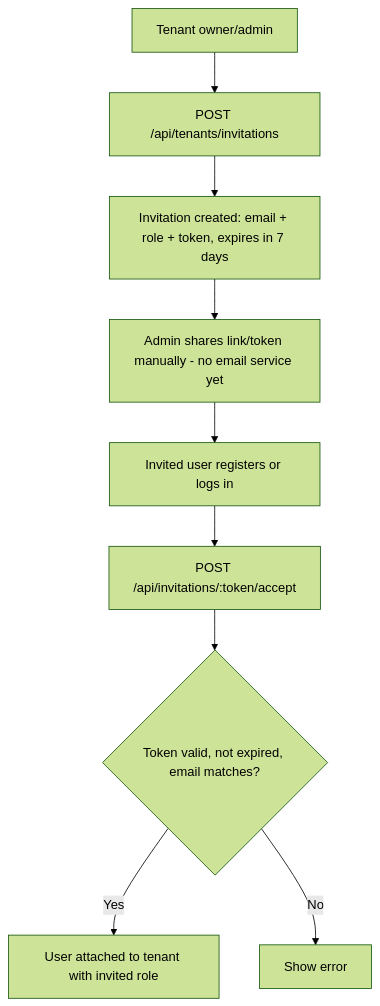
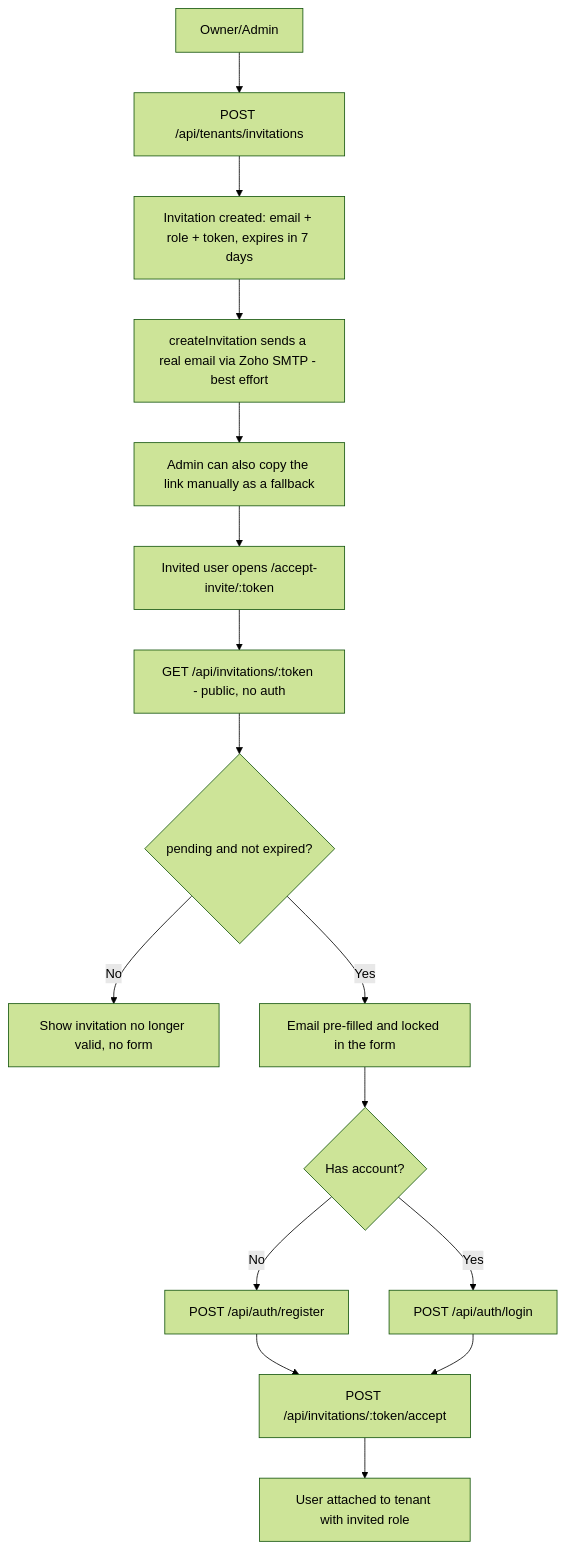
The second of 6 diagrams in docs/current-process-flow.md (ABravo2025/northstack), drawn with Mermaid (forest theme) before and after one commit. The commit also changed other lines of this file and 3 other files, not shown here.

````diff
--- a/docs/current-process-flow.md
+++ b/docs/current-process-flow.md
@@ -48,11 +48,18 @@
 ```mermaid
 flowchart TD
-  A[Tenant owner/admin] --> B[POST /api/tenants/invitations]
+  A[Owner/Admin] --> B[POST /api/tenants/invitations]
   B --> C[Invitation created: email + role + token, expires in 7 days]
-  C --> D[Admin shares link/token manually - no email service yet]
-  D --> E[Invited user registers or logs in]
-  E --> F[POST /api/invitations/:token/accept]
-  F --> G{Token valid, not expired, email matches?}
-  G -->|Yes| H[User attached to tenant with invited role]
-  G -->|No| I[Show error]
+  C --> D[createInvitation sends a real email via Zoho SMTP - best effort]
+  D --> E[Admin can also copy the link manually as a fallback]
+  E --> F[Invited user opens /accept-invite/:token]
+  F --> G[GET /api/invitations/:token - public, no auth]
+  G --> H{pending and not expired?}
+  H -->|No| I[Show invitation no longer valid, no form]
+  H -->|Yes| J[Email pre-filled and locked in the form]
+  J --> K{Has account?}
+  K -->|No| L[POST /api/auth/register]
+  K -->|Yes| M[POST /api/auth/login]
+  L --> N[POST /api/invitations/:token/accept]
+  M --> N
+  N --> O[User attached to tenant with invited role]
 ```
````
